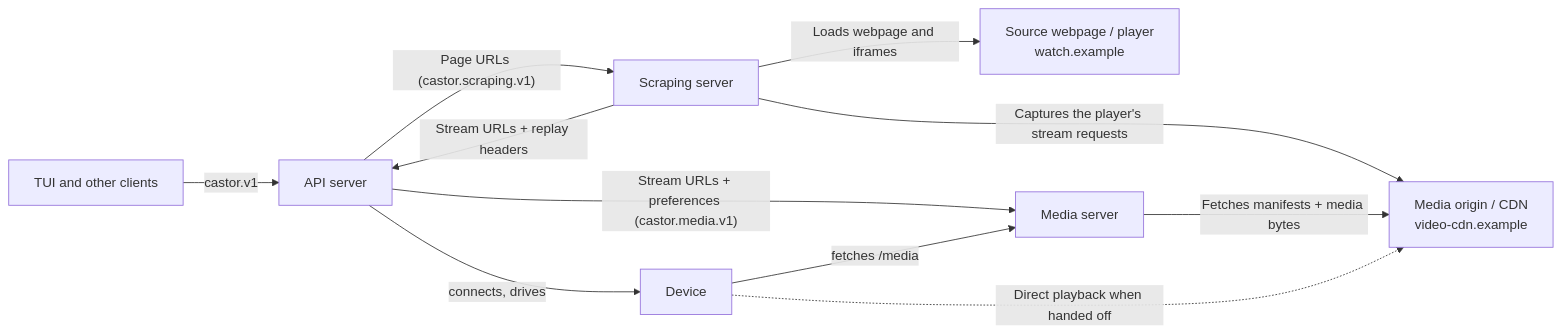
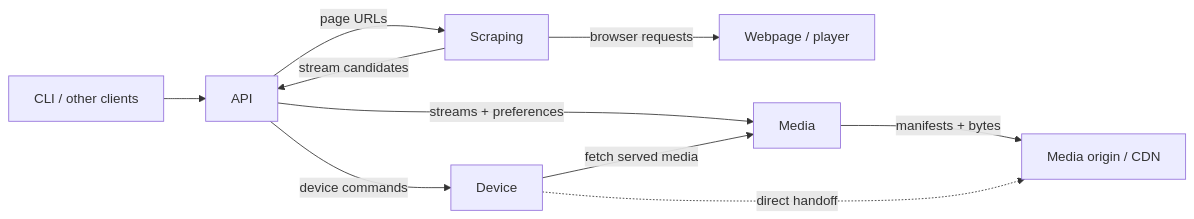
Before and after one commit to DonchoMinkov/castor: the first of 3 diagrams in ARCHITECTURE.md, drawn with Mermaid. The commit also changed other lines of this file, not shown here.

Commit message:
docs: condense architecture and show cooperating state machines

````diff
--- a/ARCHITECTURE.md
+++ b/ARCHITECTURE.md
@@ -7,13 +7,12 @@
 ```mermaid
 flowchart LR
-    ui[TUI and other clients] -- castor.v1 --> api[API server]
-    api -- "Page URLs (castor.scraping.v1)" --> scraping[Scraping server]
-    scraping -- "Loads webpage and iframes" --> site["Source webpage / player<br/>watch.example"]
-    scraping -- "Captures the player's stream requests" --> cdn["Media origin / CDN<br/>video-cdn.example"]
-    scraping -- "Stream URLs + replay headers" --> api
-    api -- "Stream URLs + preferences (castor.media.v1)" --> media[Media server]
-    api -- connects, drives --> device[Device]
-    media -- "Fetches manifests + media bytes" --> cdn
-    device -- fetches /media --> media
-    device -. "Direct playback when handed off" .-> cdn
+    client[CLI / other clients] --> api[API]
+    api -- page URLs --> scraping[Scraping]
+    scraping -- stream candidates --> api
+    scraping -- browser requests --> web[Webpage / player]
+    api -- streams + preferences --> media[Media]
+    api -- device commands --> device[Device]
+    media -- manifests + bytes --> origin[Media origin / CDN]
+    device -- fetch served media --> media
+    device -. direct handoff .-> origin
 ```
````
